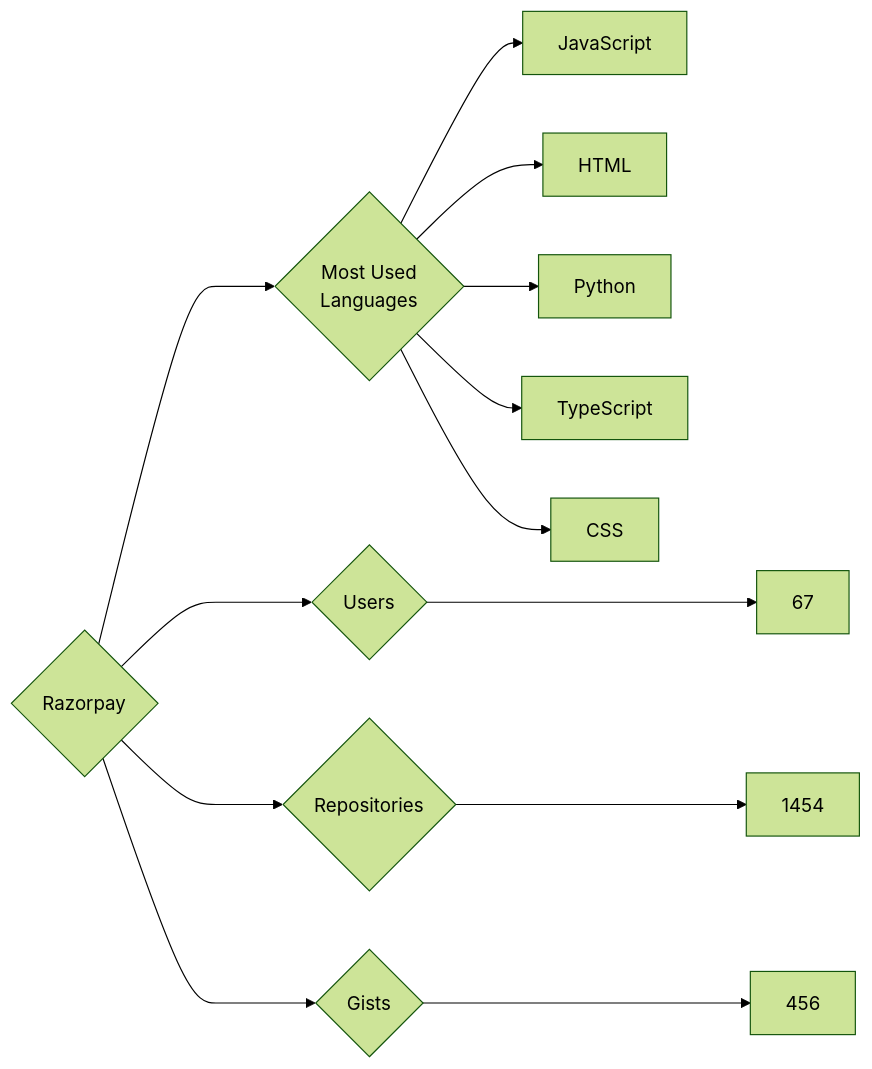
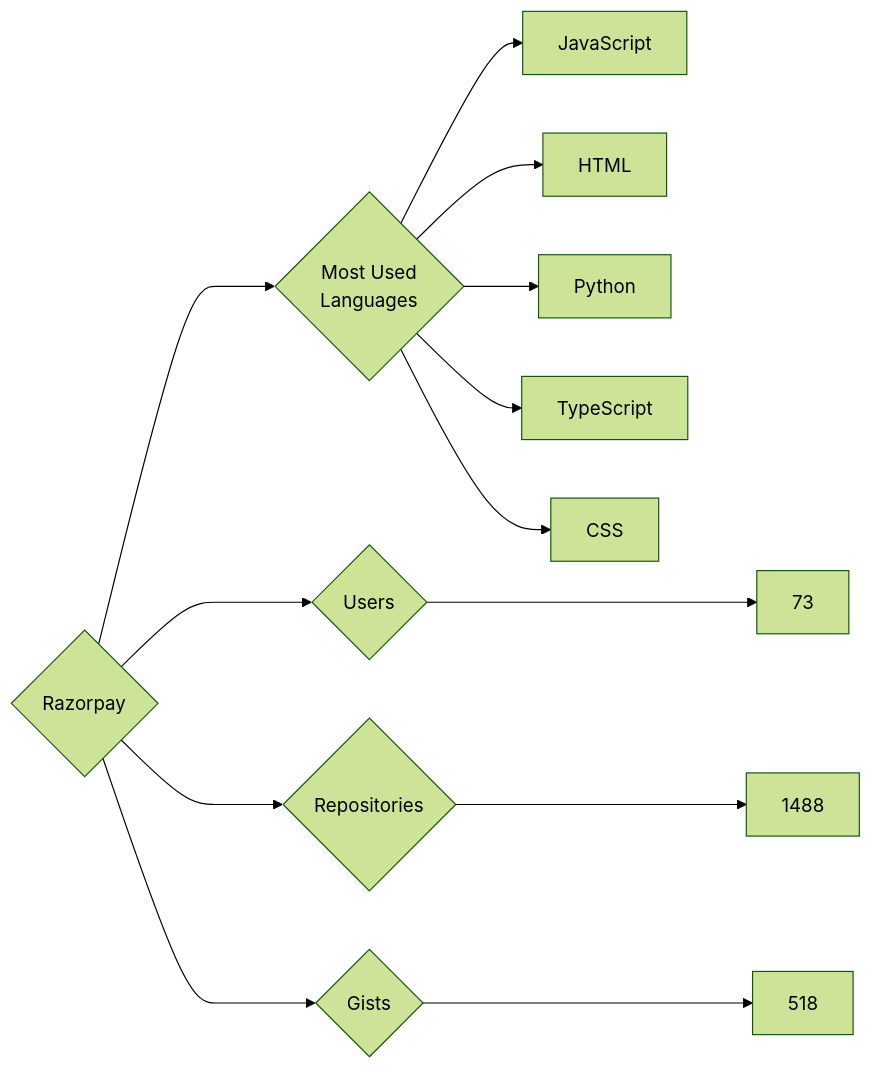
The diagram in targets/Razorpay/README.md (trickest/insiders), drawn with Mermaid (forest theme) before and after one commit. The commit also changed 833 other files, not shown here.

````diff
--- a/targets/Razorpay/README.md
+++ b/targets/Razorpay/README.md
@@ -3,13 +3,13 @@
 ```mermaid
 graph LR
 COMPANY_NAME{Razorpay}
-COMPANY_NAME ---> U{Users} ---> UN[67]
-COMPANY_NAME ---> R{Repositories} ---> RN[1454]
-COMPANY_NAME ---> G{Gists} ---> GN[456]
+COMPANY_NAME ---> U{Users} ---> UN[73]
+COMPANY_NAME ---> R{Repositories} ---> RN[1488]
+COMPANY_NAME ---> G{Gists} ---> GN[518]
 COMPANY_NAME ---> ML{Most Used<br>Languages}
 ML --> JavaScript[JavaScript]
 ML --> HTML[HTML]
 ML --> Python[Python]
 ML --> TypeScript[TypeScript]
 ML --> CSS[CSS]
 ```
````
